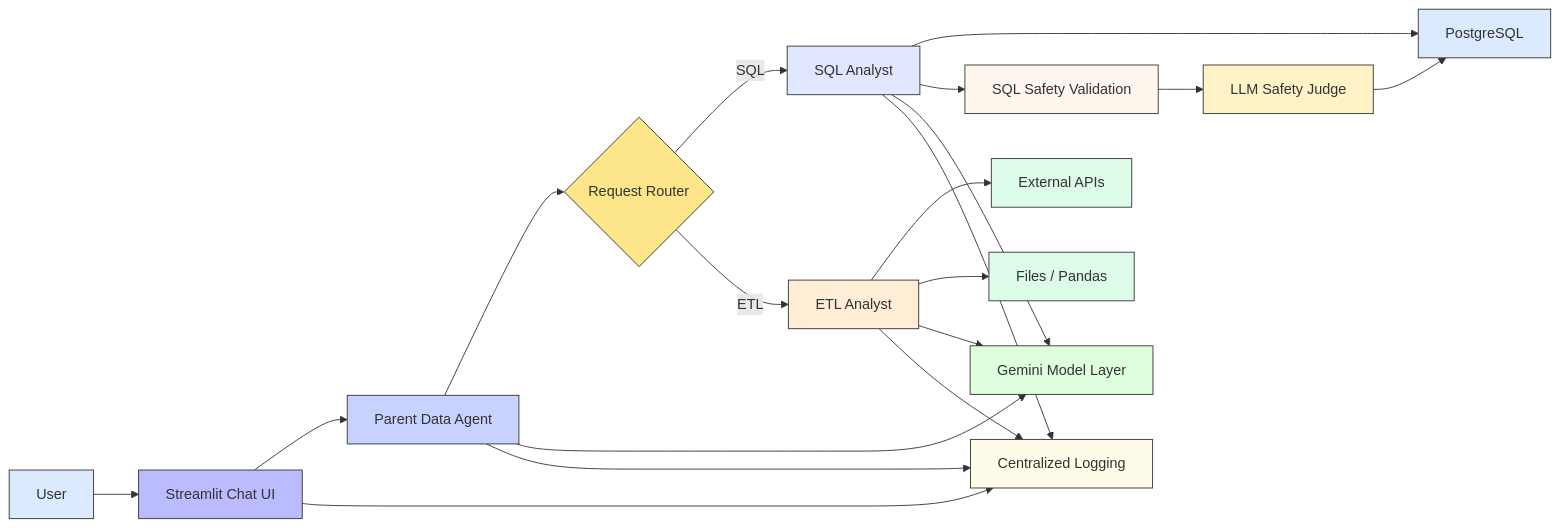
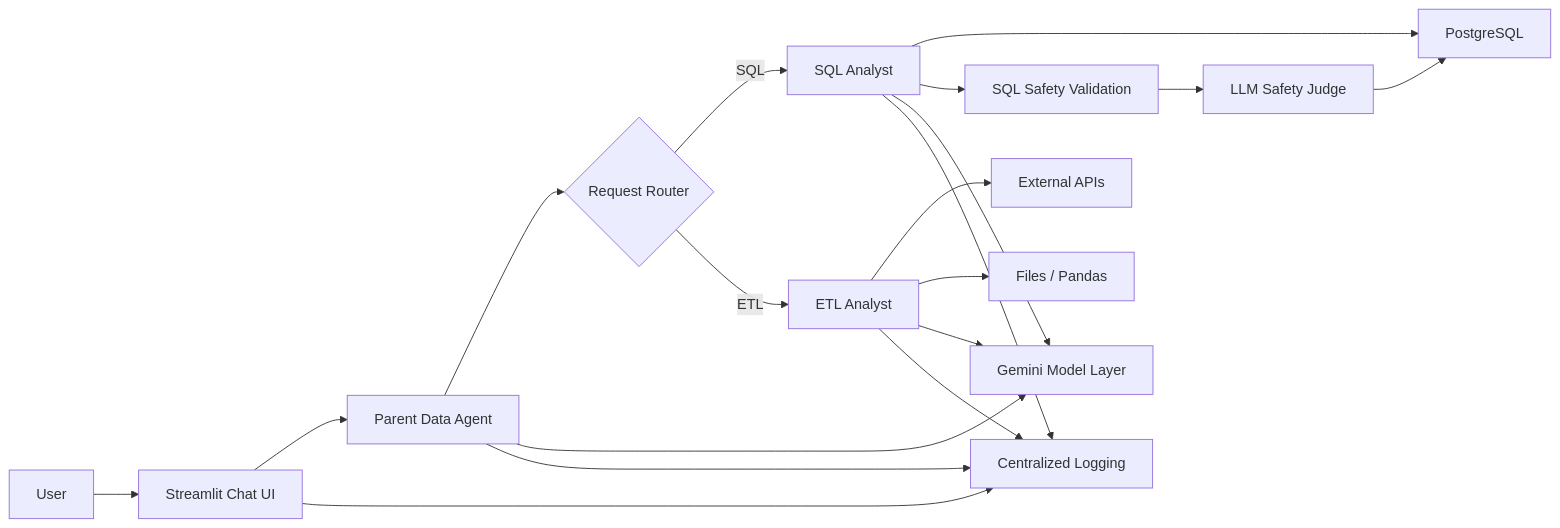
Before and after one commit to swapniltake1/Agentic-AI-Based-Multi-Source-Data-Retrieval-and-Stakeholder-Intelligence-Platform: the first of 6 diagrams in README.md, drawn with Mermaid. The commit also changed other lines of this file, not shown here.

````diff
--- a/README.md
+++ b/README.md
@@ -41,35 +41,21 @@
 ```mermaid
 flowchart LR
     U["User"] --> UI["Streamlit Chat UI"]
     UI --> P["Parent Data Agent"]
     P --> R{"Request Router"}
     R -->|SQL| S["SQL Analyst"]
     R -->|ETL| E["ETL Analyst"]
     S --> DB["PostgreSQL"]
     S --> Q["SQL Safety Validation"]
     Q --> J["LLM Safety Judge"]
     J --> DB
     E --> API["External APIs"]
     E --> FILE["Files / Pandas"]
     P --> LLM["Gemini Model Layer"]
     S --> LLM
     E --> LLM
     P --> LOG["Centralized Logging"]
     S --> LOG
     E --> LOG
     UI --> LOG
-
-    style U fill:#dbeafe,stroke:#333,stroke-width:1px
-    style UI fill:#bbf,stroke:#333,stroke-width:1px
-    style P fill:#c7d2fe,stroke:#333,stroke-width:1px
-    style R fill:#fde68a,stroke:#333,stroke-width:1px
-    style S fill:#e0e7ff,stroke:#333,stroke-width:1px
-    style E fill:#ffedd5,stroke:#333,stroke-width:1px
-    style Q fill:#fff7ed,stroke:#333,stroke-width:1px
-    style J fill:#fef3c7,stroke:#333,stroke-width:1px
-    style DB fill:#dbeafe,stroke:#333,stroke-width:1px
-    style API fill:#dcfce7,stroke:#333,stroke-width:1px
-    style FILE fill:#dcfce7,stroke:#333,stroke-width:1px
-    style LLM fill:#dfd,stroke:#333,stroke-width:1px
-    style LOG fill:#fefce8,stroke:#333,stroke-width:1px
 ```
````
